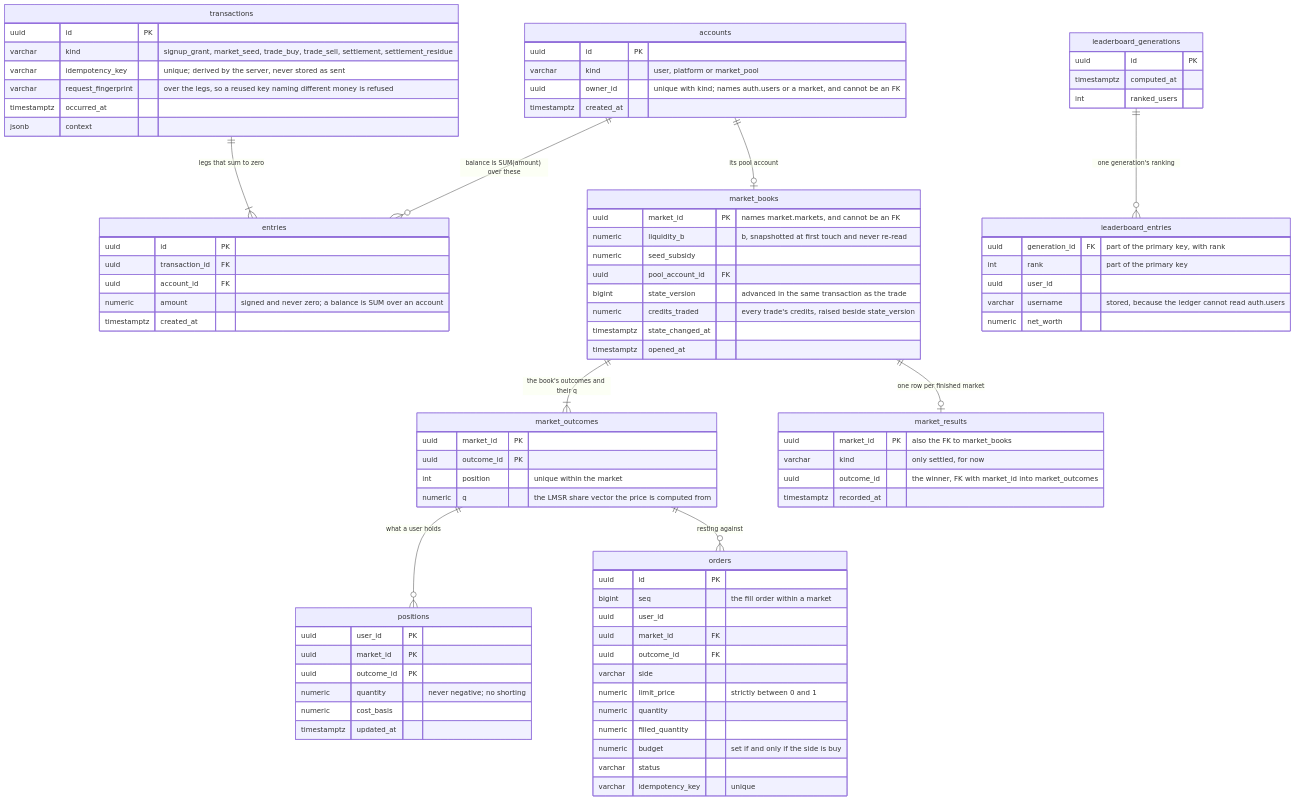
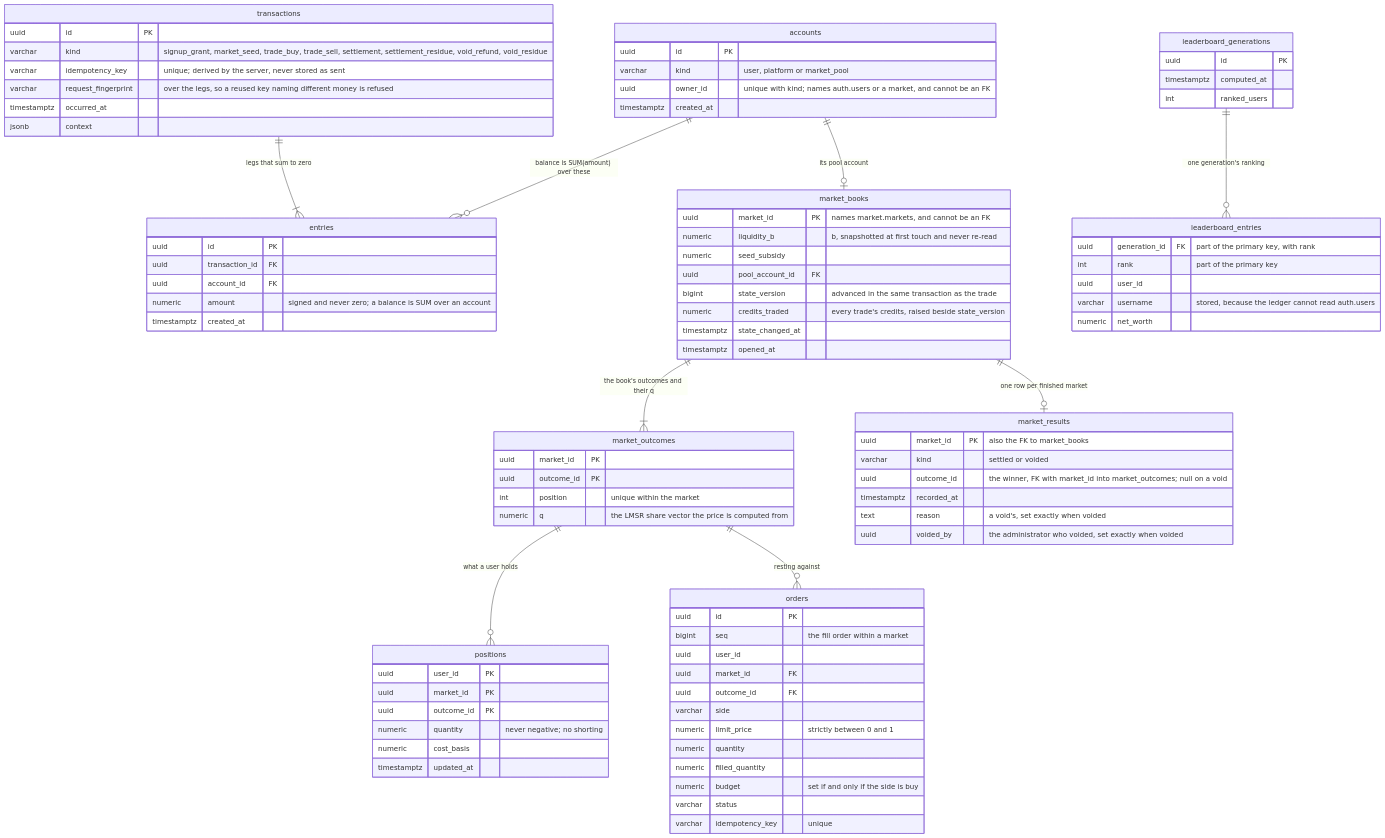
The fourth of 4 diagrams in docs/architecture.md (decker757/CS464), drawn with Mermaid before and after one commit.

Commit message:
docs: the ledger ERD shows a voided result and the two void kinds
Refs #221

```diff
--- a/docs/architecture.md
+++ b/docs/architecture.md
@@ -246,7 +246,7 @@
     }
     transactions {
         uuid id PK
-        varchar kind "signup_grant, market_seed, trade_buy, trade_sell, settlement, settlement_residue"
+        varchar kind "signup_grant, market_seed, trade_buy, trade_sell, settlement, settlement_residue, void_refund, void_residue"
         varchar idempotency_key "unique; derived by the server, never stored as sent"
         varchar request_fingerprint "over the legs, so a reused key naming different money is refused"
         timestamptz occurred_at
@@ -285,9 +285,11 @@
     }
     market_results {
         uuid market_id PK "also the FK to market_books"
-        varchar kind "only settled, for now"
-        uuid outcome_id "the winner, FK with market_id into market_outcomes"
+        varchar kind "settled or voided"
+        uuid outcome_id "the winner, FK with market_id into market_outcomes; null on a void"
         timestamptz recorded_at
+        text reason "a void's, set exactly when voided"
+        uuid voided_by "the administrator who voided, set exactly when voided"
     }
     orders {
         uuid id PK
```
